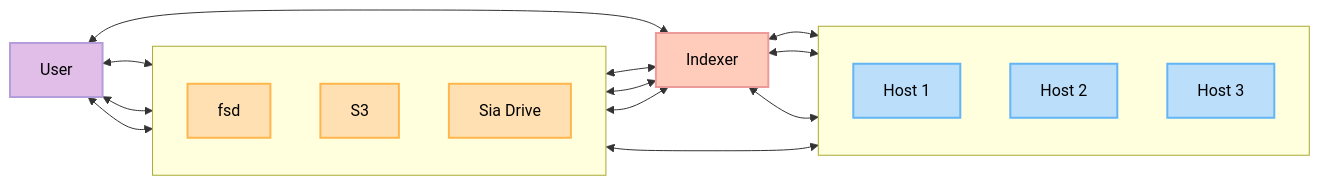
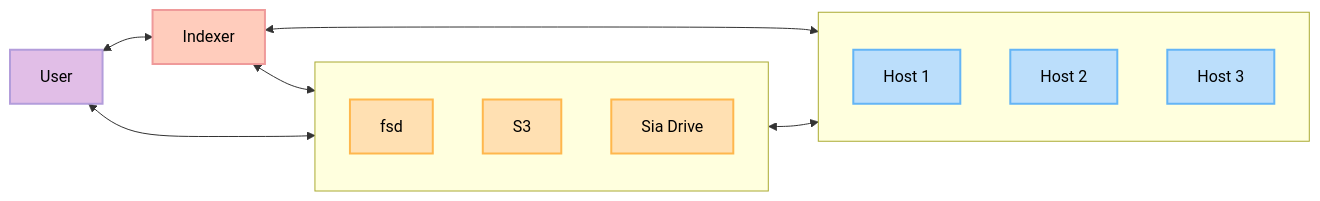
Before and after one commit to SiaFoundation/developer-portal: the diagram in docs/core-concepts/storage-providers.md, drawn with Mermaid.

Commit message:
murray + co-pilot comments

````diff
--- a/docs/core-concepts/storage-providers.md
+++ b/docs/core-concepts/storage-providers.md
@@ -64,55 +64,39 @@
 ``` mermaid
 flowchart LR
+    %% === Apps in the middle (grey box) ===
+    subgraph APPS[ ]
+        F["fsd"]
+        S["S3"]
+        D["Sia Drive"]
+    end
     %% === Hosts on the right ===
     subgraph HOSTS[ ]
-        direction TB
         H1["Host 1"]
         H2["Host 2"]
         H3["Host 3"]
     end
-
-    %% === Apps in the middle (grey box) ===
-    subgraph APPS[ ]
-        direction TB
-        F["fsd"]
-        S["S3"]
-        D["Sia Drive"]
-    end
-
     %% === User on the left ===
     U["User"]
-
-    %% === Indexer between apps and hosts ===
+    %% === Indexer User and Apps ===
     I["Indexer"]
-
     %% === Flows ===
-    %% User <-> individual apps
-    U <--> F
-    U <--> S
-    U <--> D
+    %% User <-> Indexer <-> Hosts
     U <--> I
-
-    %% Apps <-> Indexer
-    F <--> I
-    S <--> I
-    D <--> I
-
-    %% Indexer <-> Hosts
-    I <--> H1
-    I <--> H2
-    I <--> H3
-
-    %% Apps box <-> Hosts box
+    I <--> HOSTS
+    
+    %% Indexer <-> Apps
+    I <--> APPS
+    %% User <-> Apps
+    U <--> APPS
+    %% Apps <-> Hosts
     APPS <--> HOSTS
-
     %% === Styling ===
     classDef user fill:#e1bee7,stroke:#b39ddb,stroke-width:2px,color:#000;
     classDef apps fill:#ffe0b2,stroke:#ffb74d,stroke-width:2px,color:#000;
     classDef indexer fill:#ffccbc,stroke:#ef9a9a,stroke-width:2px,color:#000;
     classDef hosts fill:#bbdefb,stroke:#64b5f6,stroke-width:2px,color:#000;
-
     class U user;
     class F,S,D apps;
     class I indexer;
     class H1,H2,H3 hosts;
 ```
````
